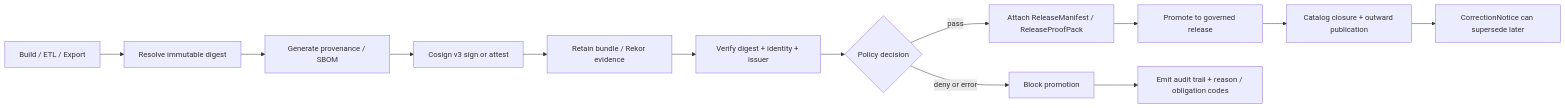
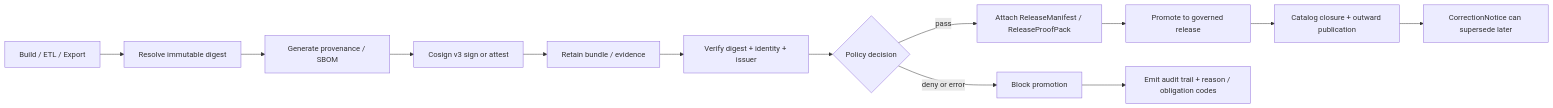
The diagram in docs/security/supply-chain/sigstore-cosign-v3/README.md (bartytime4life/Kansas-Frontier-Matrix), drawn with Mermaid before and after one commit. The commit also changed other lines of this file, not shown here.

````diff
--- a/docs/security/supply-chain/sigstore-cosign-v3/README.md
+++ b/docs/security/supply-chain/sigstore-cosign-v3/README.md
@@ -239,18 +299,18 @@
 ```mermaid
 flowchart LR
     A[Build / ETL / Export] --> B[Resolve immutable digest]
     B --> C[Generate provenance / SBOM]
     C --> D[Cosign v3 sign or attest]
-    D --> E[Retain bundle / Rekor evidence]
+    D --> E[Retain bundle / evidence]
     E --> F[Verify digest + identity + issuer]
     F --> G{Policy decision}
 
     G -->|pass| H[Attach ReleaseManifest / ReleaseProofPack]
     H --> I[Promote to governed release]
     I --> J[Catalog closure + outward publication]
 
     G -->|deny or error| K[Block promotion]
     K --> L[Emit audit trail + reason / obligation codes]
 
     J --> M[CorrectionNotice can supersede later]
 ```
````
